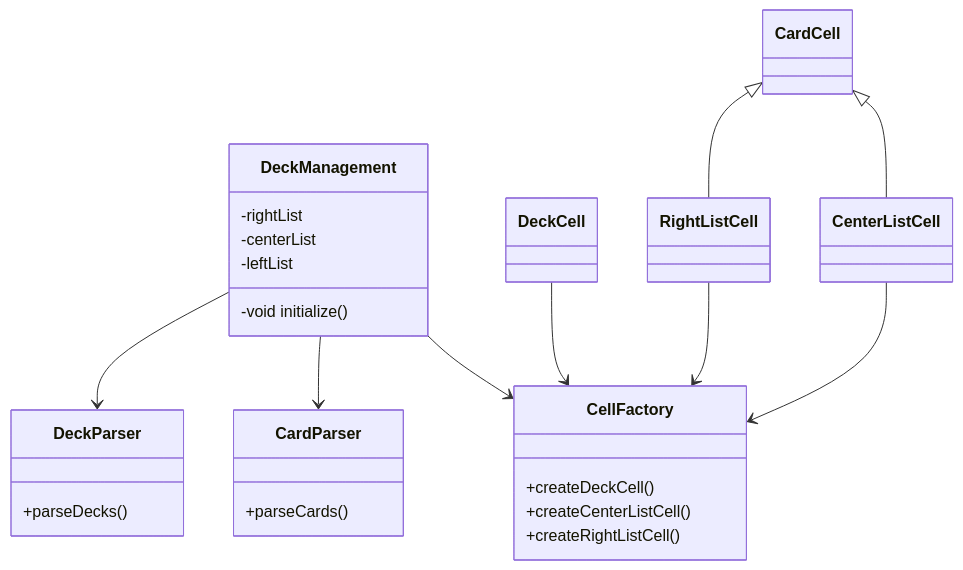
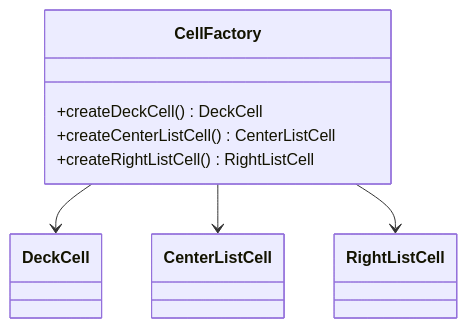
The fourth of 8 diagrams in Report.md (gerardocipriano/pss22-Game-of-Cards), drawn with Mermaid before and after one commit. The commit also changed other lines of this file, not shown here.

Commit message:
Detail Design

````diff
--- a/Report.md
+++ b/Report.md
@@ -263,44 +261,17 @@
 ```mermaid
 classDiagram
-    class DeckManagement {
-        -rightList
-        -centerList
-        -leftList
-        -void initialize()
+    class CellFactory {
+        +createDeckCell() DeckCell
+        +createCenterListCell() CenterListCell
+        +createRightListCell() RightListCell
     }
-
-    class CellFactory {
-        +createDeckCell()
-        +createCenterListCell()
-        +createRightListCell()
-    }
-
-    class CardParser {
-        +parseCards()
-    }
-
-    class DeckParser {
-        +parseDecks()
-    }
-
     class DeckCell {
     }
-
     class CenterListCell {
     }
-
     class RightListCell {
     }
-
-    class CardCell {
-    }
-
-    DeckManagement --> CellFactory
-    DeckManagement --> CardParser
-    DeckManagement --> DeckParser
-    DeckCell --> CellFactory
-    CenterListCell --> CellFactory
-    RightListCell --> CellFactory
-    CardCell <|-- CenterListCell
-    CardCell <|-- RightListCell
+    CellFactory --> DeckCell
+    CellFactory --> CenterListCell
+    CellFactory --> RightListCell
 ```
````
